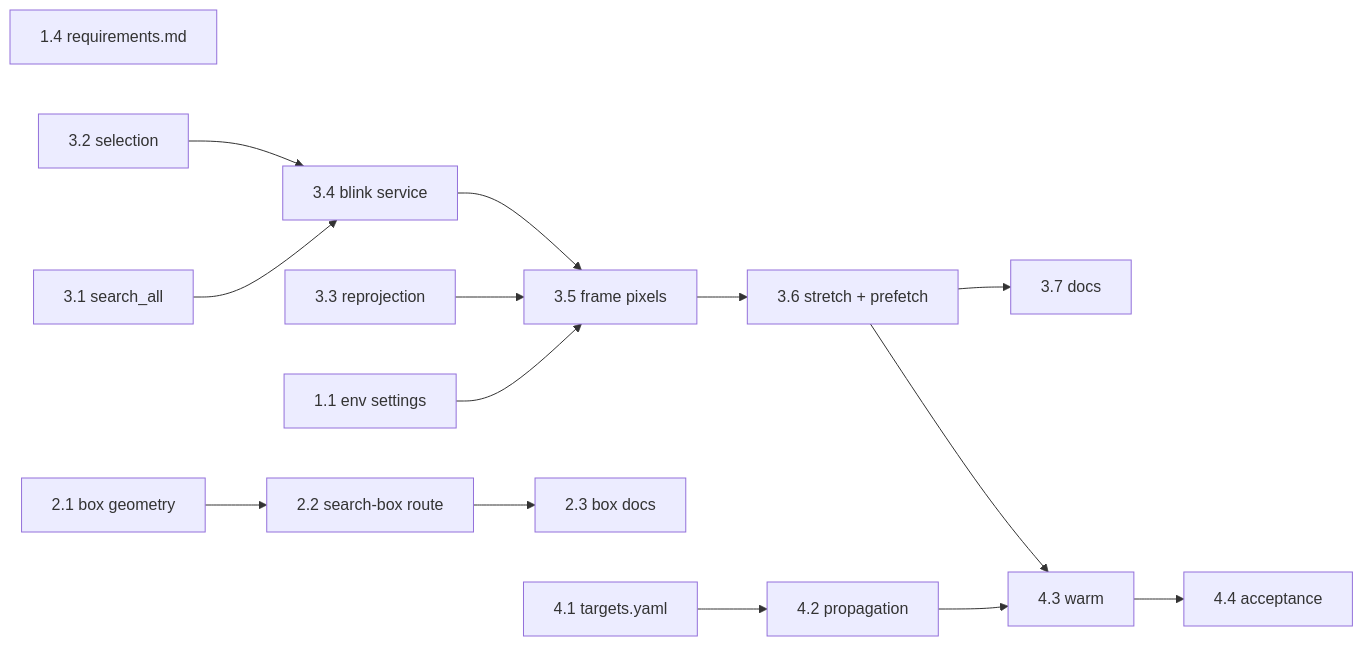
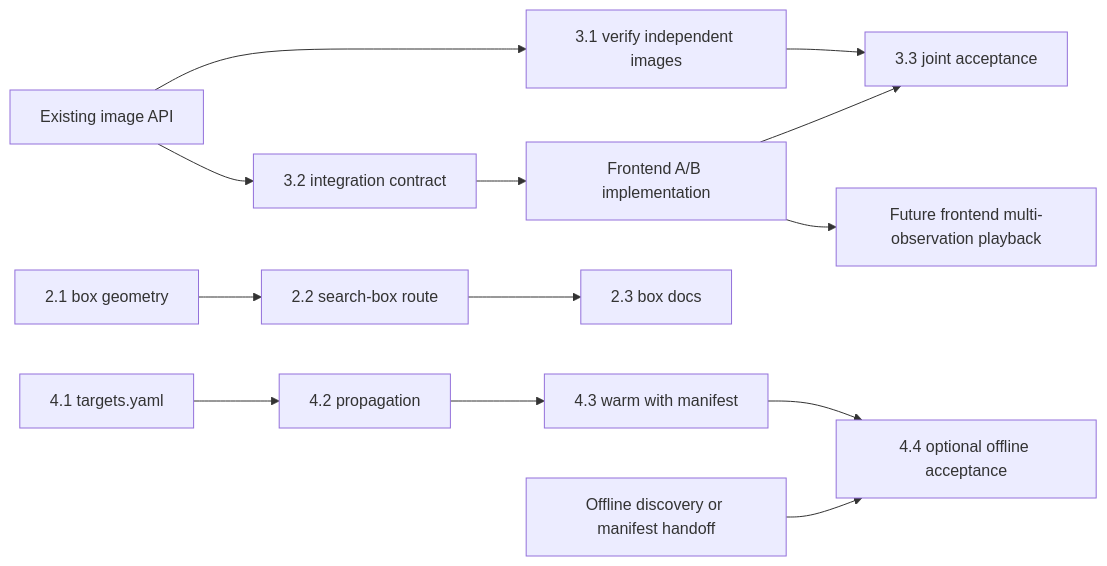
The diagram in docs/sdd/backend/tasks.md (CH4P3R/Astrea---Planet-X-and-SPHEREx), drawn with Mermaid before and after one commit. The commit also changed other lines of this file and 7 other files, not shown here.

````diff
--- a/docs/sdd/backend/tasks.md
+++ b/docs/sdd/backend/tasks.md
@@ -405,12 +377,13 @@
 ```mermaid
 flowchart LR
-    T11[1.1 env settings] --> T35
-    T14[1.4 requirements.md]
+    Existing[Existing image API] --> T31[3.1 verify independent images]
+    Existing --> T32[3.2 integration contract]
+    T31 --> T33[3.3 joint acceptance]
+    T32 --> Frontend[Frontend A/B implementation]
+    Frontend --> T33
     T21[2.1 box geometry] --> T22[2.2 search-box route] --> T23[2.3 box docs]
-    T31[3.1 search_all] --> T34
-    T32[3.2 selection] --> T34
-    T33[3.3 reprojection] --> T35
-    T34[3.4 blink service] --> T35[3.5 frame pixels] --> T36[3.6 stretch + prefetch] --> T37[3.7 docs]
-    T41[4.1 targets.yaml] --> T42[4.2 propagation] --> T43[4.3 warm]
-    T36 --> T43 --> T44[4.4 acceptance]
+    T41[4.1 targets.yaml] --> T42[4.2 propagation] --> T43[4.3 warm with manifest]
+    T43 --> T44[4.4 optional offline acceptance]
+    Offline[Offline discovery or manifest handoff] --> T44
+    Frontend --> Multi[Future frontend multi-observation playback]
 ```
````
